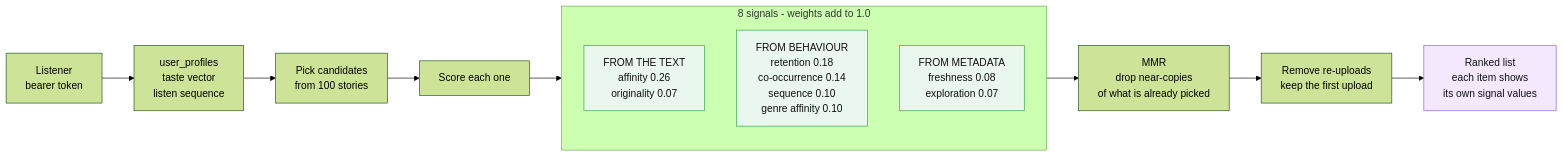
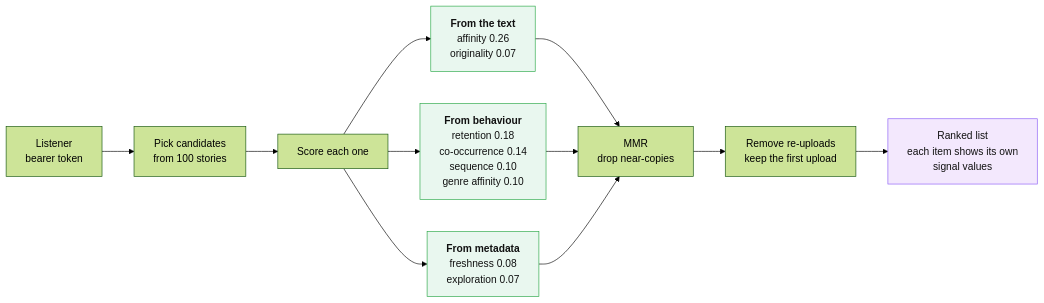
The second of 3 diagrams in README.md (OctoTechHub/PocketTaste), drawn with Mermaid (forest theme) before and after one commit. The commit also changed other lines of this file, not shown here.

Commit message:
feat: Revise README for clarity and structure; enhance flowcharts and sections

````diff
--- a/README.md
+++ b/README.md
@@ -121,24 +64,18 @@
 ```mermaid
 flowchart LR
-    U["Listener<br/>bearer token"] --> P["user_profiles<br/>taste vector<br/>listen sequence"]
-    P --> GEN["Pick candidates<br/>from 100 stories"]
-
-    GEN --> SCORE["Score each one"]
-
-    subgraph SIG["8 signals - weights add to 1.0"]
-        direction TB
-        T["FROM THE TEXT<br/>affinity 0.26<br/>originality 0.07"]
-        B["FROM BEHAVIOUR<br/>retention 0.18<br/>co-occurrence 0.14<br/>sequence 0.10<br/>genre affinity 0.10"]
-        M["FROM METADATA<br/>freshness 0.08<br/>exploration 0.07"]
-    end
-
-    SCORE --> SIG
-    SIG --> MMR["MMR<br/>drop near-copies<br/>of what is already picked"]
-    MMR --> DUP["Remove re-uploads<br/>keep the first upload"]
-    DUP --> OUT["Ranked list<br/>each item shows<br/>its own signal values"]
+    U["Listener<br/>bearer token"] --> C["Pick candidates<br/>from 100 stories"]
+    C --> S["Score each one"]
+    S --> TXT["<b>From the text</b><br/>affinity 0.26<br/>originality 0.07"]
+    S --> BEH["<b>From behaviour</b><br/>retention 0.18<br/>co-occurrence 0.14<br/>sequence 0.10<br/>genre affinity 0.10"]
+    S --> MET["<b>From metadata</b><br/>freshness 0.08<br/>exploration 0.07"]
+    TXT --> M["MMR<br/>drop near-copies"]
+    BEH --> M
+    MET --> M
+    M --> D["Remove re-uploads<br/>keep the first upload"]
+    D --> OUT["Ranked list<br/>each item shows its own<br/>signal values"]
 
     classDef sig fill:#e9f7ef,stroke:#28a745,color:#111
     classDef res fill:#f3e8fd,stroke:#8b5cf6,color:#111
-    class T,B,M sig
+    class TXT,BEH,MET sig
     class OUT res
 ```
````
